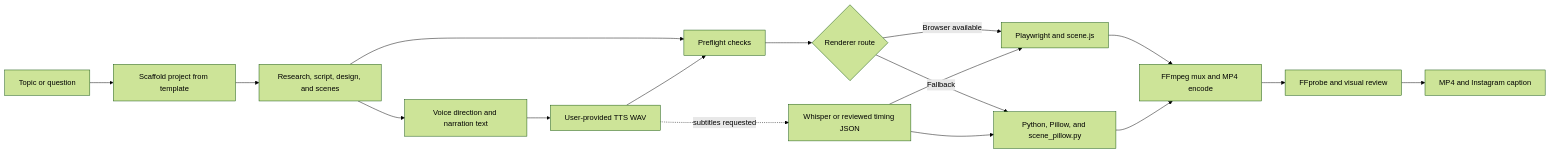
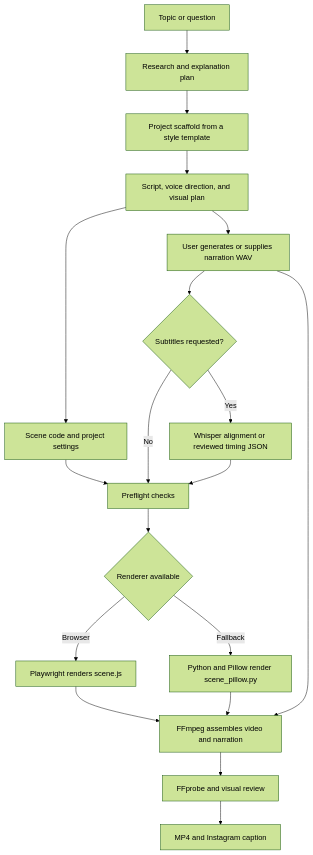
The diagram in README.md (swamy-guruvelli/oneline-studio), drawn with Mermaid (forest theme) before and after one commit. The commit also changed other lines of this file and 3 other files, not shown here.

````diff
--- a/README.md
+++ b/README.md
@@ -116,19 +23,21 @@
 ```mermaid
-flowchart LR
-  A[Topic or question] --> B[Scaffold project from template]
-  B --> C[Research, script, design, and scenes]
-  C --> D[Voice direction and narration text]
-  D --> E[User-provided TTS WAV]
-  C --> F[Preflight checks]
-  E --> F
-  F --> G{Renderer route}
-  G -->|Browser available| H[Playwright and scene.js]
-  G -->|Fallback| I[Python, Pillow, and scene_pillow.py]
-  E -. subtitles requested .-> J[Whisper or reviewed timing JSON]
-  J --> H
-  J --> I
-  H --> K[FFmpeg mux and MP4 encode]
-  I --> K
-  K --> L[FFprobe and visual review]
-  L --> M[MP4 and Instagram caption]
+flowchart TD
+  A[Topic or question] --> B[Research and explanation plan]
+  B --> C[Project scaffold from a style template]
+  C --> D[Script, voice direction, and visual plan]
+  D --> E[Scene code and project settings]
+  D --> F[User generates or supplies narration WAV]
+  E --> G[Preflight checks]
+  F --> H{Subtitles requested?}
+  H -->|Yes| I[Whisper alignment or reviewed timing JSON]
+  H -->|No| G
+  I --> G
+  G --> J{Renderer available}
+  J -->|Browser| K[Playwright renders scene.js]
+  J -->|Fallback| L[Python and Pillow render scene_pillow.py]
+  K --> M[FFmpeg assembles video and narration]
+  L --> M
+  F --> M
+  M --> N[FFprobe and visual review]
+  N --> O[MP4 and Instagram caption]
 ```
````
